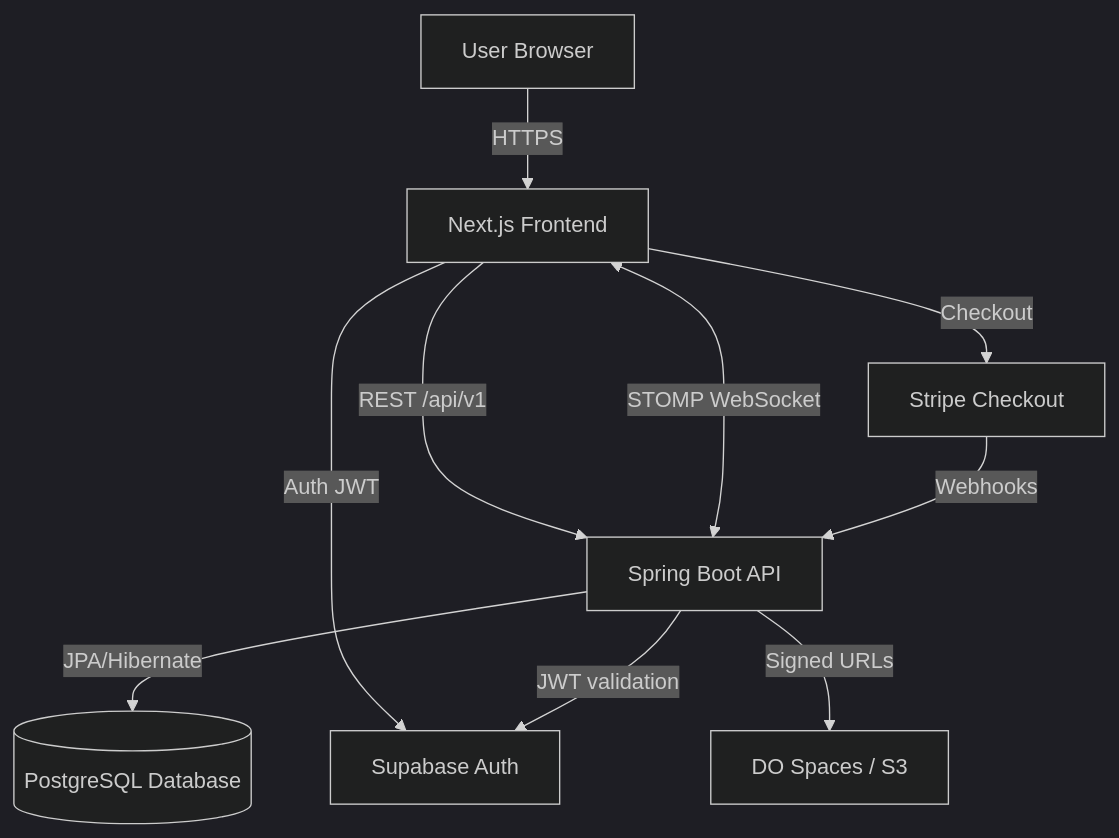
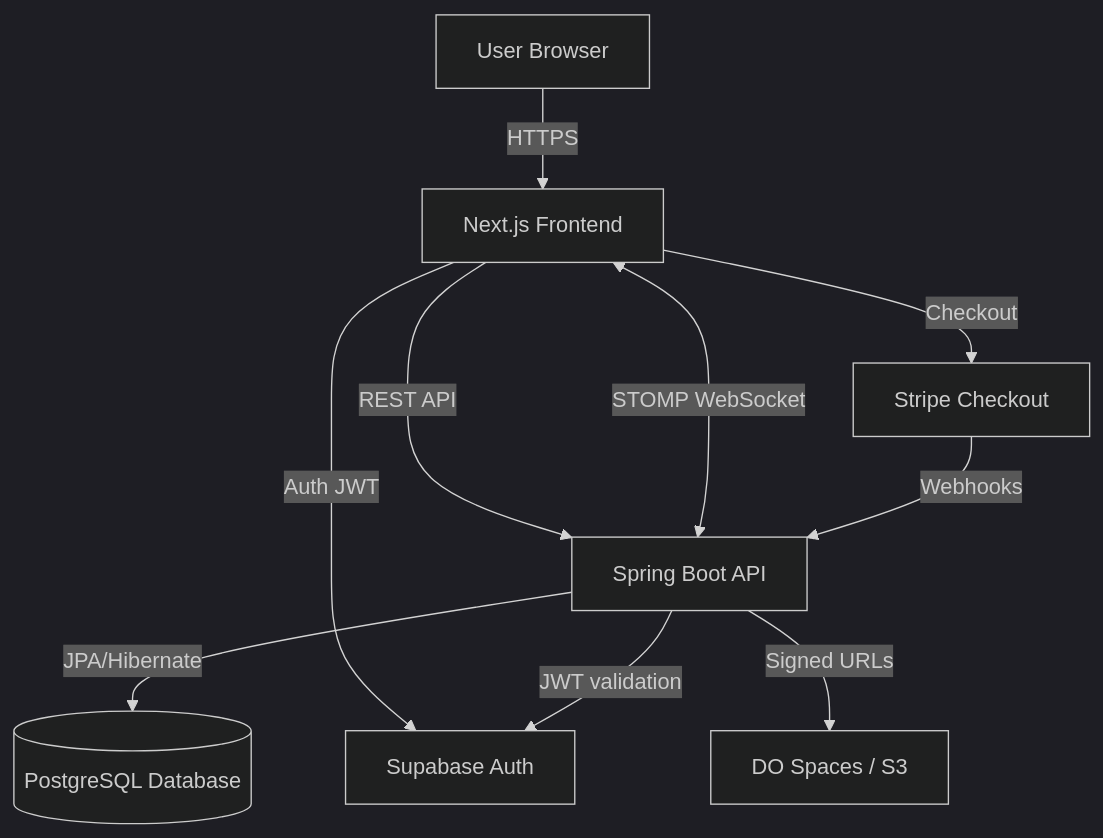
The first of 7 diagrams in SYSTEM_DESIGN.md (10xDeVv/LazyDrop), drawn with Mermaid (dark theme) before and after one commit. The commit also changed other lines of this file and 5 other files, not shown here.

````diff
--- a/SYSTEM_DESIGN.md
+++ b/SYSTEM_DESIGN.md
@@ -9,14 +9,14 @@
 ```mermaid
 flowchart TB
   U[User Browser] -->|HTTPS| FE[Next.js Frontend]
-  FE -->|REST /api/v1| BE[Spring Boot API]
+  FE -->|REST API| BE[Spring Boot API]
   FE <--> |STOMP WebSocket| BE
 
   BE -->|JPA/Hibernate| DB[(PostgreSQL Database)]
   FE -->|Auth JWT| SBAuth[Supabase Auth]
   BE -->|JWT validation| SBAuth
   BE -->|Signed URLs| SBStore[DO Spaces / S3]
 
   FE -->|Checkout| Stripe[Stripe Checkout]
   Stripe -->|Webhooks| BE
 ```
````
